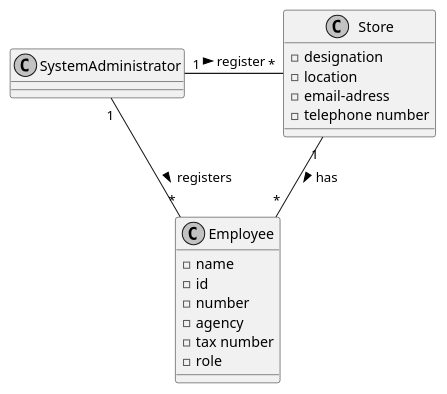
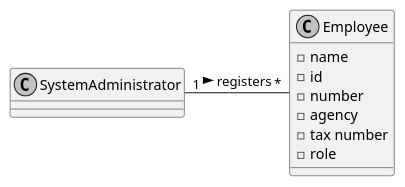
The diagram in docs/sprintA/US03/02.analysis/puml/us03-domain-model.puml (PureNimble/ISEP-LAPR2), drawn with PlantUML before and after one commit.

Commit message:
US03 - Domain model

```diff
--- a/docs/sprintA/US03/02.analysis/puml/us03-domain-model.puml
+++ b/docs/sprintA/US03/02.analysis/puml/us03-domain-model.puml
@@ -1,45 +1,26 @@
 @startuml
 'https://plantuml.com/class-diagram
 
 skinparam monochrome true
 skinparam packageStyle rectangle
 skinparam shadowing false
 
-
 class SystemAdministrator
 
 class Employee
-
-class Store
 
 class SystemAdministrator{
 }
 
 class Employee{
 -name
 -id
 -number
 -agency
 -tax number
 -role
 }
 
-class Store{
--designation
--location
--email-adress
--telephone number
-}
-
-
-SystemAdministrator "1" - "*" Store : register >
-
-Store "1" -- "*" Employee : has >
-
 SystemAdministrator "1" - "*" Employee: registers >
 
-
-
-
-
 @enduml
```
